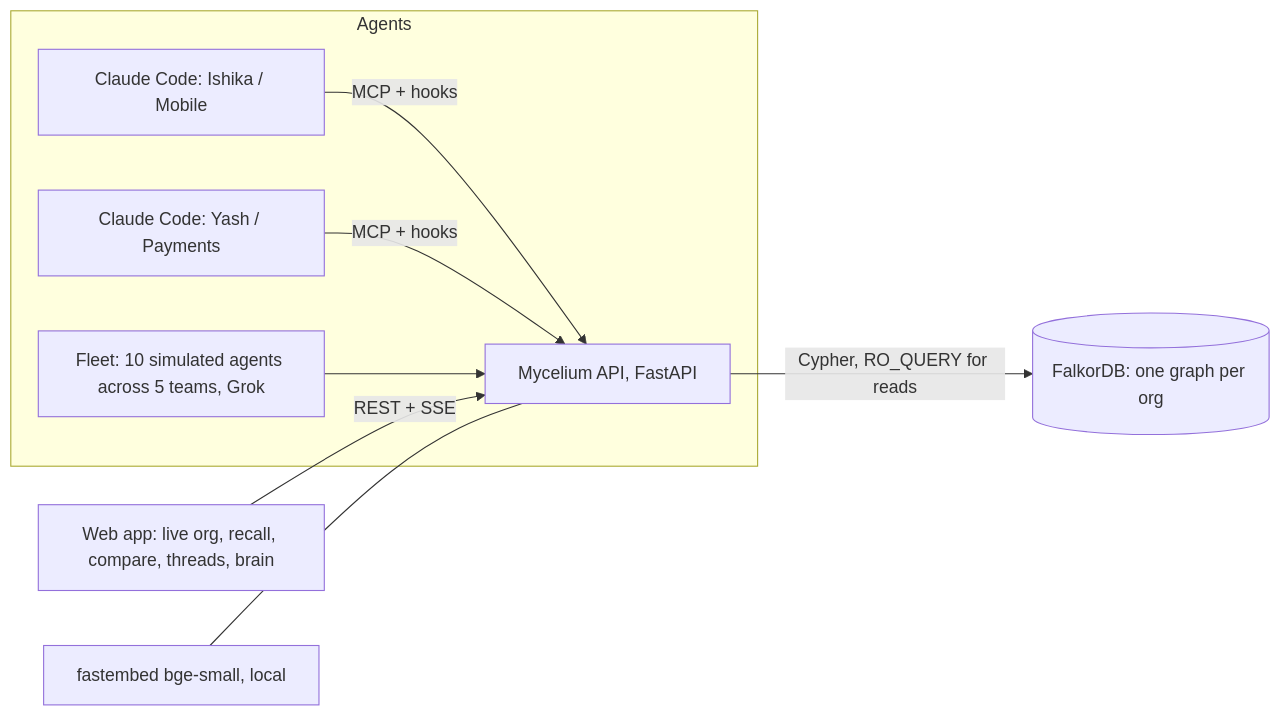
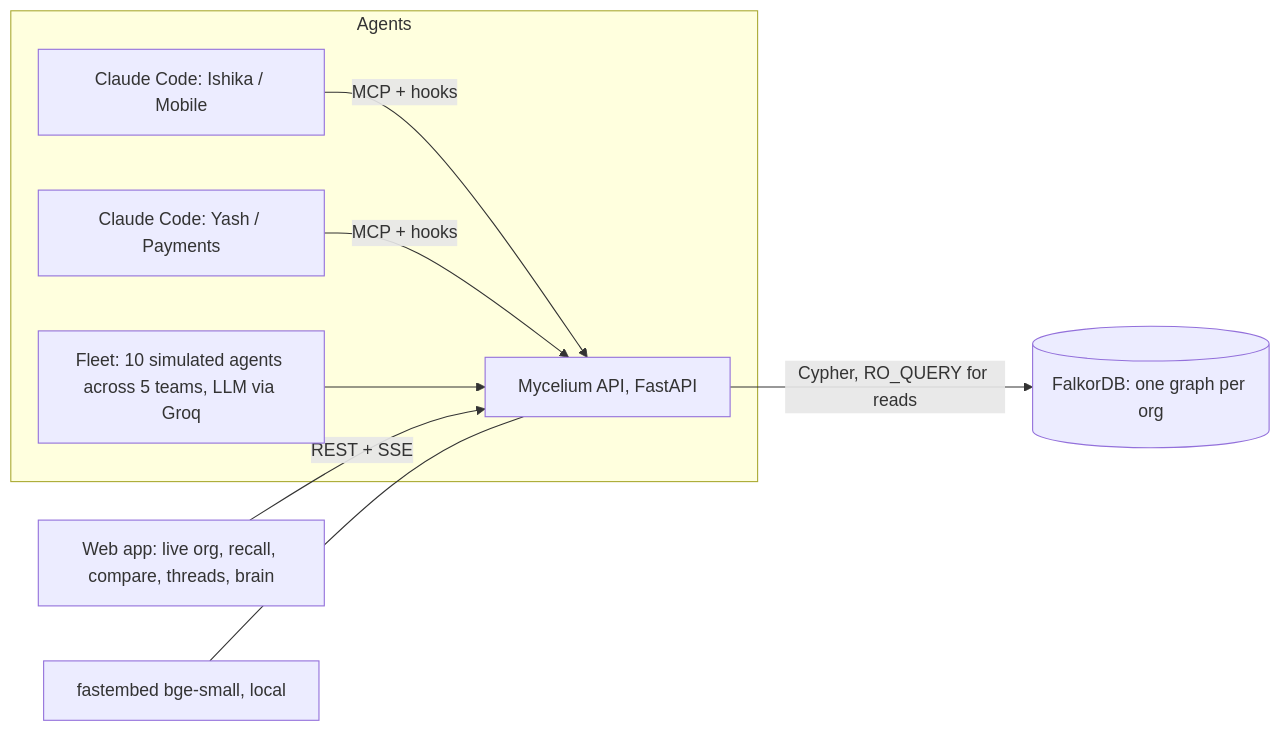
The second of 2 diagrams in README.md (ishikatyagi-star/mycelium), drawn with Mermaid before and after one commit. The commit also changed other lines of this file, not shown here.

Commit message:
README: graph map (mermaid) and 'the graph doing the work' with queries and live-demo pointers

````diff
--- a/README.md
+++ b/README.md
@@ -83,11 +138,11 @@
 ```mermaid
 flowchart LR
   subgraph Agents
     CC1[Claude Code: Ishika / Mobile] -- MCP + hooks --> API
     CC2[Claude Code: Yash / Payments] -- MCP + hooks --> API
-    F[Fleet: 10 simulated agents across 5 teams, Grok] --> API
+    F[Fleet: 10 simulated agents across 5 teams, LLM via Groq] --> API
   end
   W[Web app: live org, recall, compare, threads, brain] -- REST + SSE --> API
   API[Mycelium API, FastAPI] -- Cypher, RO_QUERY for reads --> DB[(FalkorDB: one graph per org)]
   E[fastembed bge-small, local] --- API
 ```
````
